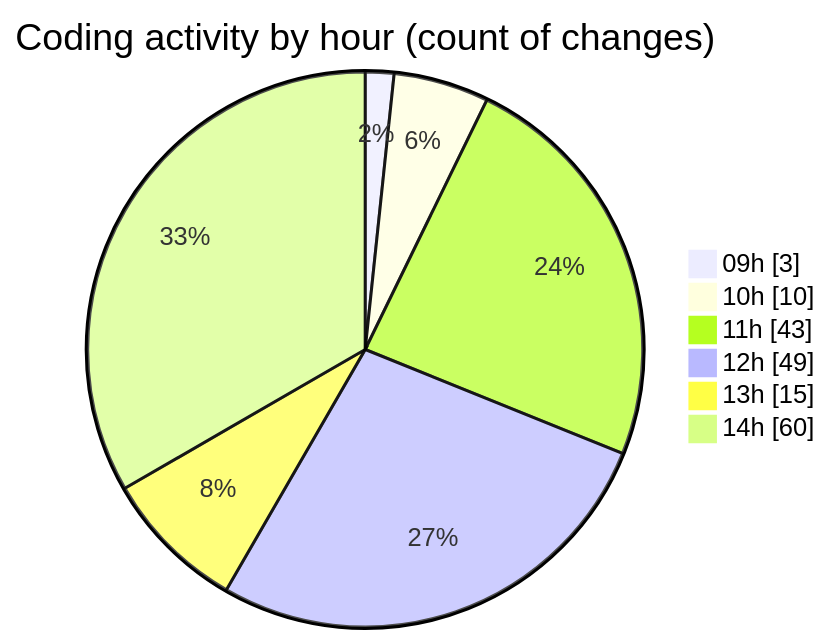
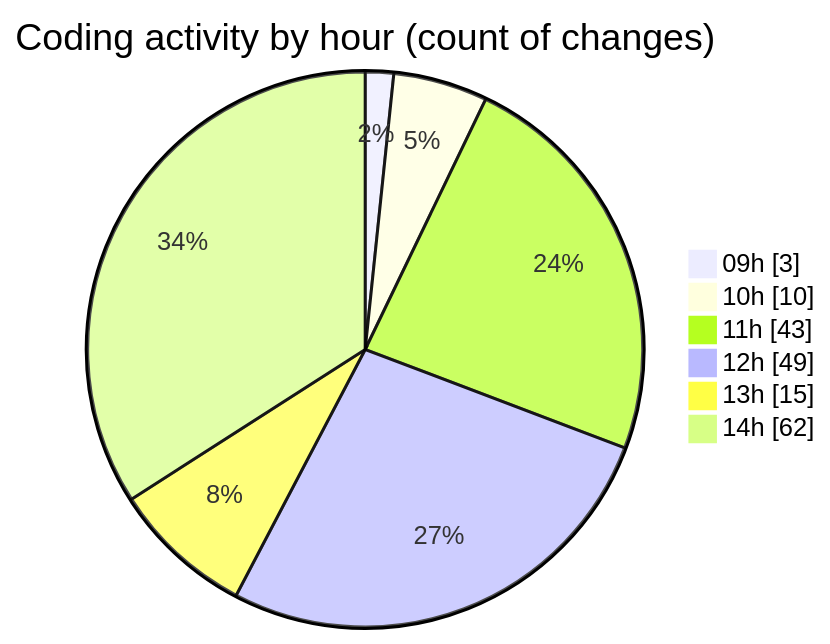
The second of 2 diagrams in 2026-01-22/cda/README.md (momahboobian/code-tracking), drawn with Mermaid before and after one commit. The commit also changed other lines of this file and 1 other file, not shown here.

````diff
--- a/2026-01-22/cda/README.md
+++ b/2026-01-22/cda/README.md
@@ -91,10 +91,10 @@
 ```mermaid
 pie showData
 title Coding activity by hour (count of changes)
 "09h" : 3
 "10h" : 10
 "11h" : 43
 "12h" : 49
 "13h" : 15
-"14h" : 60
+"14h" : 62
 ```
````
